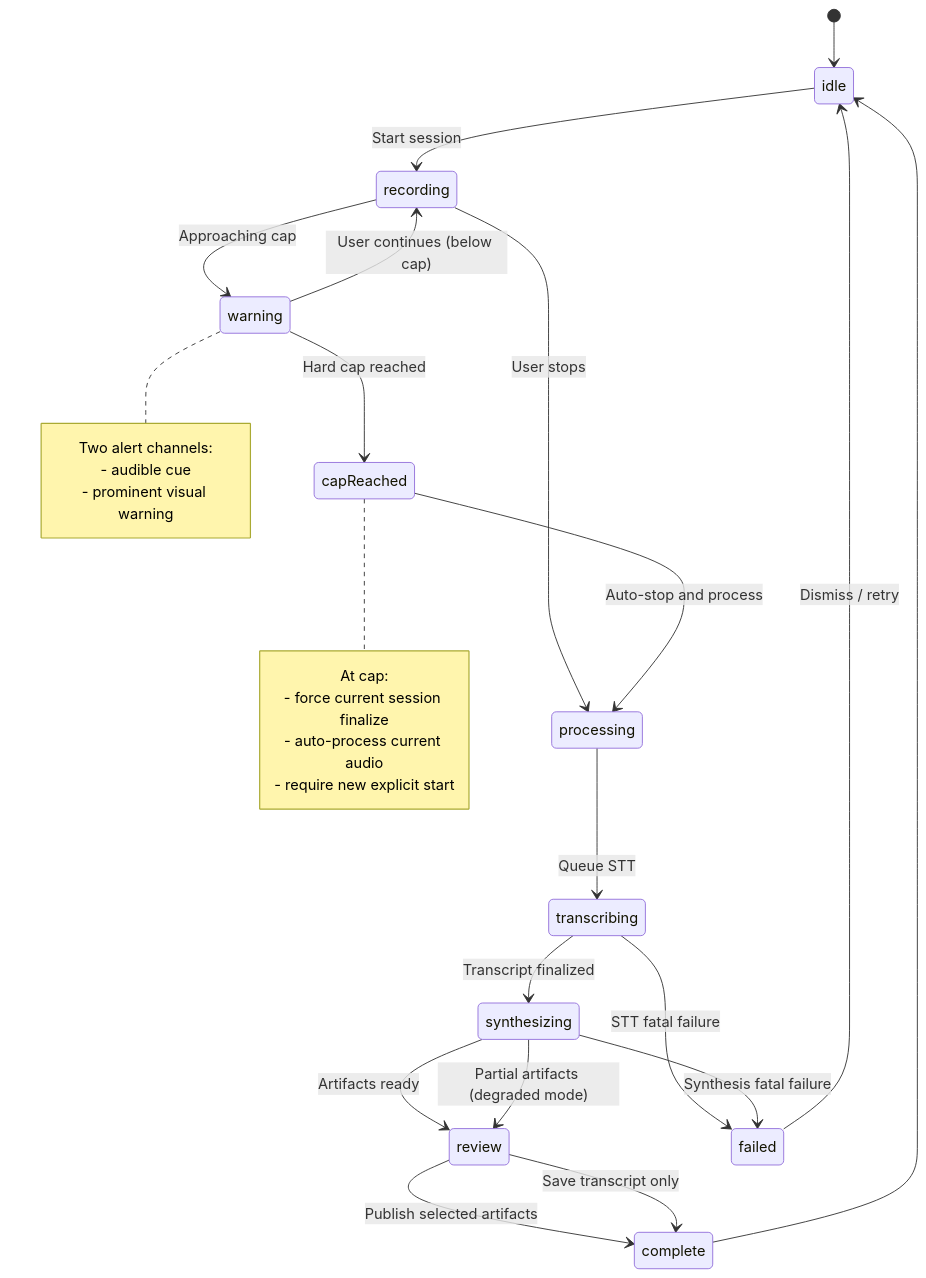
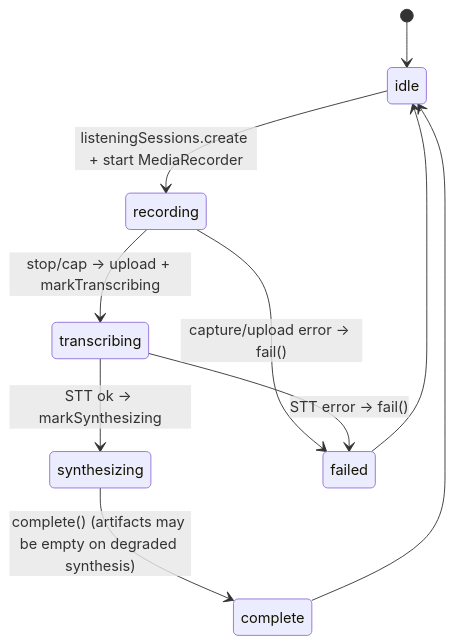
Before and after one commit to misty-step/bibliomnomnom: the first of 2 diagrams in docs/flows/listening-sessions.md, drawn with Mermaid. The commit also changed other lines of this file and 5 other files, not shown here.

````diff
--- a/docs/flows/listening-sessions.md
+++ b/docs/flows/listening-sessions.md
@@ -63,36 +48,12 @@
 ```mermaid
 stateDiagram-v2
     [*] --> idle
-
-    idle --> recording: Start session
-    recording --> warning: Approaching cap
-    warning --> recording: User continues (below cap)
-    warning --> capReached: Hard cap reached
-    recording --> processing: User stops
-
-    capReached --> processing: Auto-stop and process
-    processing --> transcribing: Queue STT
-    transcribing --> synthesizing: Transcript finalized
-    synthesizing --> review: Artifacts ready
-    review --> complete: Publish selected artifacts
-    review --> complete: Save transcript only
-
-    transcribing --> failed: STT fatal failure
-    synthesizing --> review: Partial artifacts (degraded mode)
-    synthesizing --> failed: Synthesis fatal failure
-    failed --> idle: Dismiss / retry
+    idle --> recording: listeningSessions.create + start MediaRecorder
+    recording --> transcribing: stop/cap -> upload + markTranscribing
+    transcribing --> synthesizing: STT ok -> markSynthesizing
+    synthesizing --> complete: complete() (artifacts may be empty on degraded synthesis)
+    recording --> failed: capture/upload error -> fail()
+    transcribing --> failed: STT error -> fail()
     complete --> idle
-
-    note right of warning
-      Two alert channels:
-      - audible cue
-      - prominent visual warning
-    end note
-
-    note right of capReached
-      At cap:
-      - force current session finalize
-      - auto-process current audio
-      - require new explicit start
-    end note
+    failed --> idle
 ```
````
